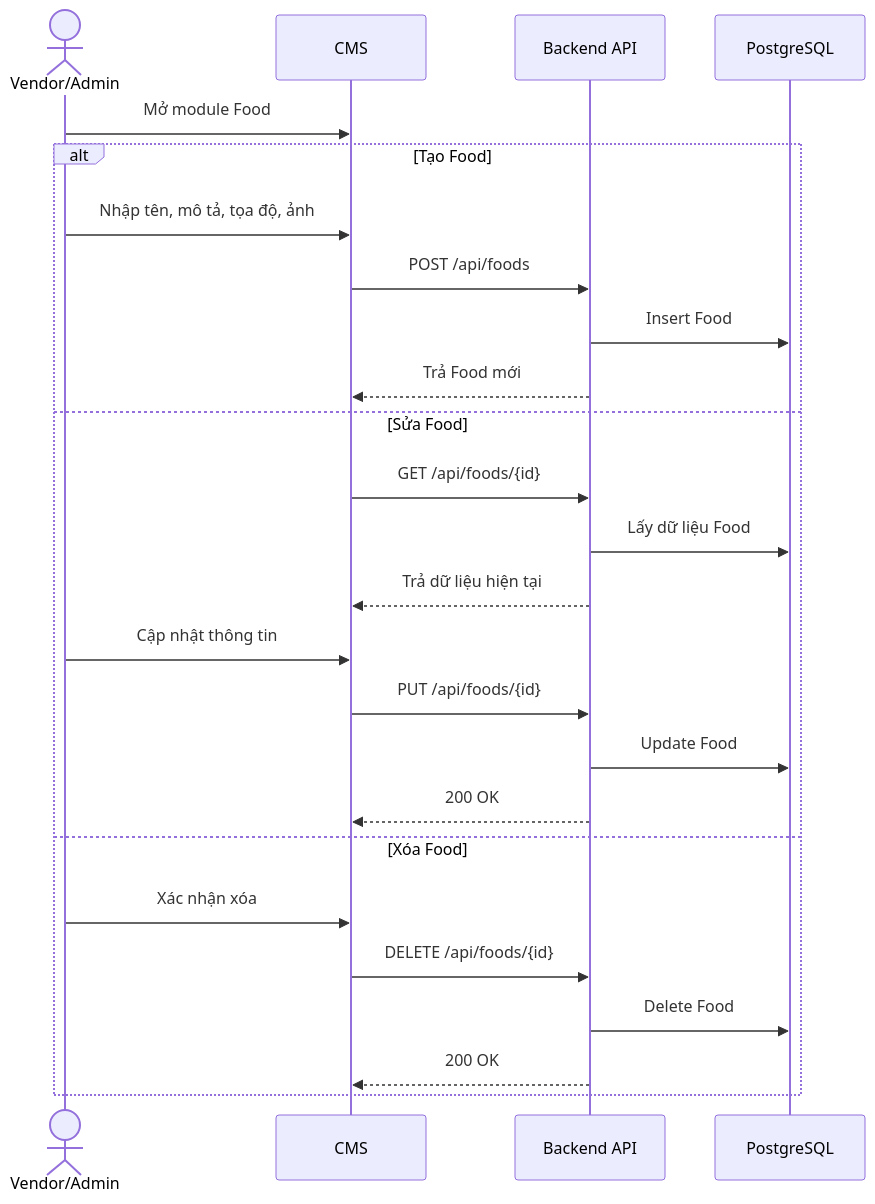
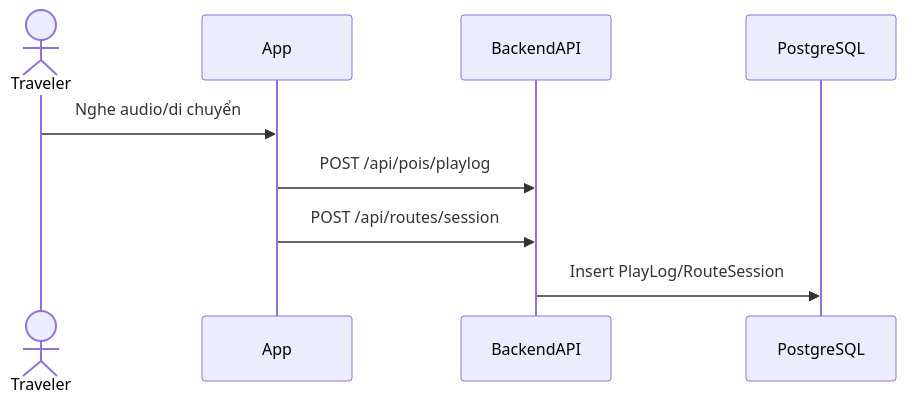
One commit to EricHoang28092k5/SmartTour changed diagram 21 of 41 in PRD_SmartTour.md. Above: the diagram before and after it, drawn with Mermaid. The commit also changed other lines of this file, not shown here.

````diff
--- a/PRD_SmartTour.md
+++ b/PRD_SmartTour.md
@@ -749,28 +744,11 @@
 ```mermaid
 sequenceDiagram
-    actor V as Vendor/Admin
-    participant CMS as CMS
-    participant API as Backend API
+    actor T as Traveler
+    participant APP as App
+    participant API as BackendAPI
     participant DB as PostgreSQL
-
-    V->>CMS: Mở module Food
-    alt Tạo Food
-        V->>CMS: Nhập tên, mô tả, tọa độ, ảnh
-        CMS->>API: POST /api/foods
-        API->>DB: Insert Food
-        API-->>CMS: Trả Food mới
-    else Sửa Food
-        CMS->>API: GET /api/foods/{id}
-        API->>DB: Lấy dữ liệu Food
-        API-->>CMS: Trả dữ liệu hiện tại
-        V->>CMS: Cập nhật thông tin
-        CMS->>API: PUT /api/foods/{id}
-        API->>DB: Update Food
-        API-->>CMS: 200 OK
-    else Xóa Food
-        V->>CMS: Xác nhận xóa
-        CMS->>API: DELETE /api/foods/{id}
-        API->>DB: Delete Food
-        API-->>CMS: 200 OK
-    end
+    T->>APP: Nghe audio/di chuyển
+    APP->>API: POST /api/pois/playlog
+    APP->>API: POST /api/routes/session
+    API->>DB: Insert PlayLog/RouteSession
 ```
````
